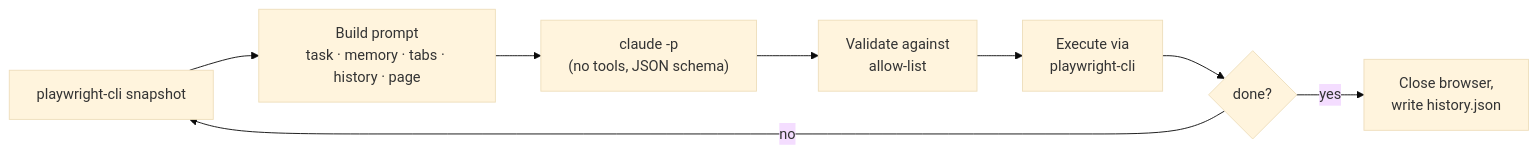
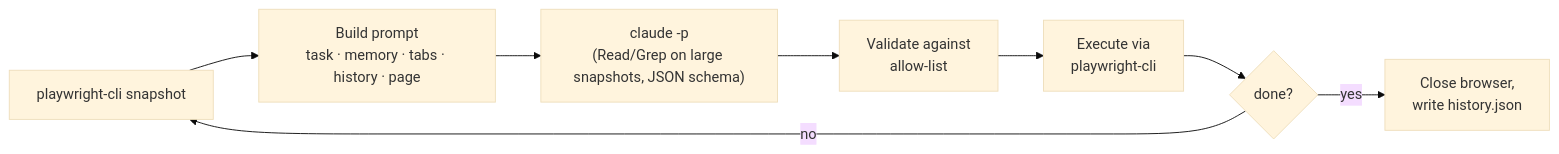
The diagram in README.md (locle97/duckwright), drawn with Mermaid (base theme) before and after one commit. The commit also changed other lines of this file and 28 other files, not shown here.

````diff
--- a/README.md
+++ b/README.md
@@ -266,10 +271,10 @@
 ```mermaid
 flowchart LR
     A[playwright-cli snapshot] --> B[Build prompt<br/>task · memory · tabs · history · page]
-    B --> C["claude -p<br/>(no tools, JSON schema)"]
+    B --> C["claude -p<br/>(Read/Grep on large snapshots, JSON schema)"]
     C --> D[Validate against<br/>allow-list]
     D --> E[Execute via<br/>playwright-cli]
     E --> F{done?}
     F -- no --> A
     F -- yes --> G[Close browser,<br/>write history.json]
 ```
````
